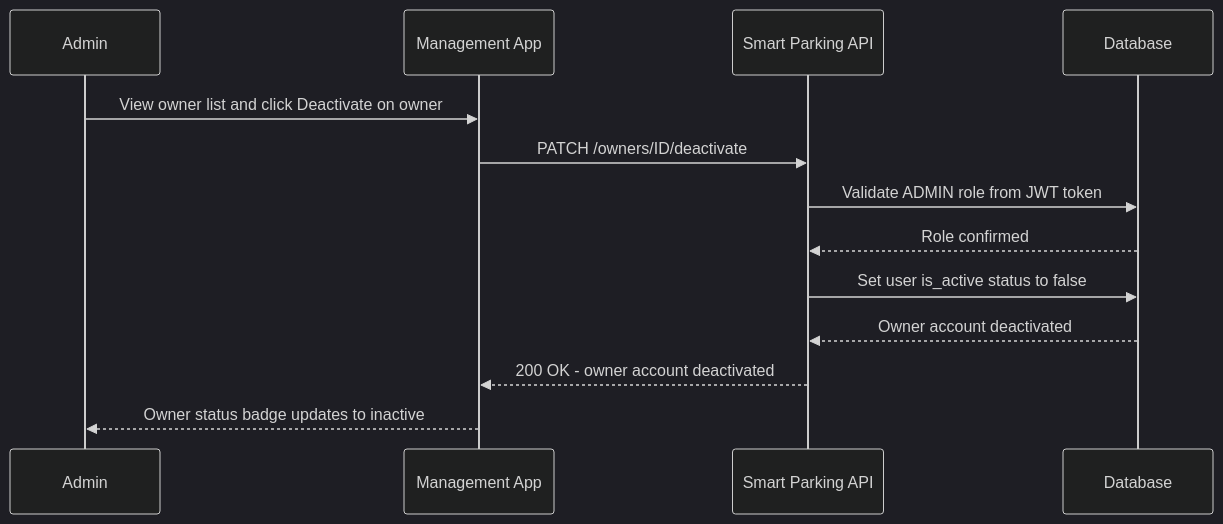
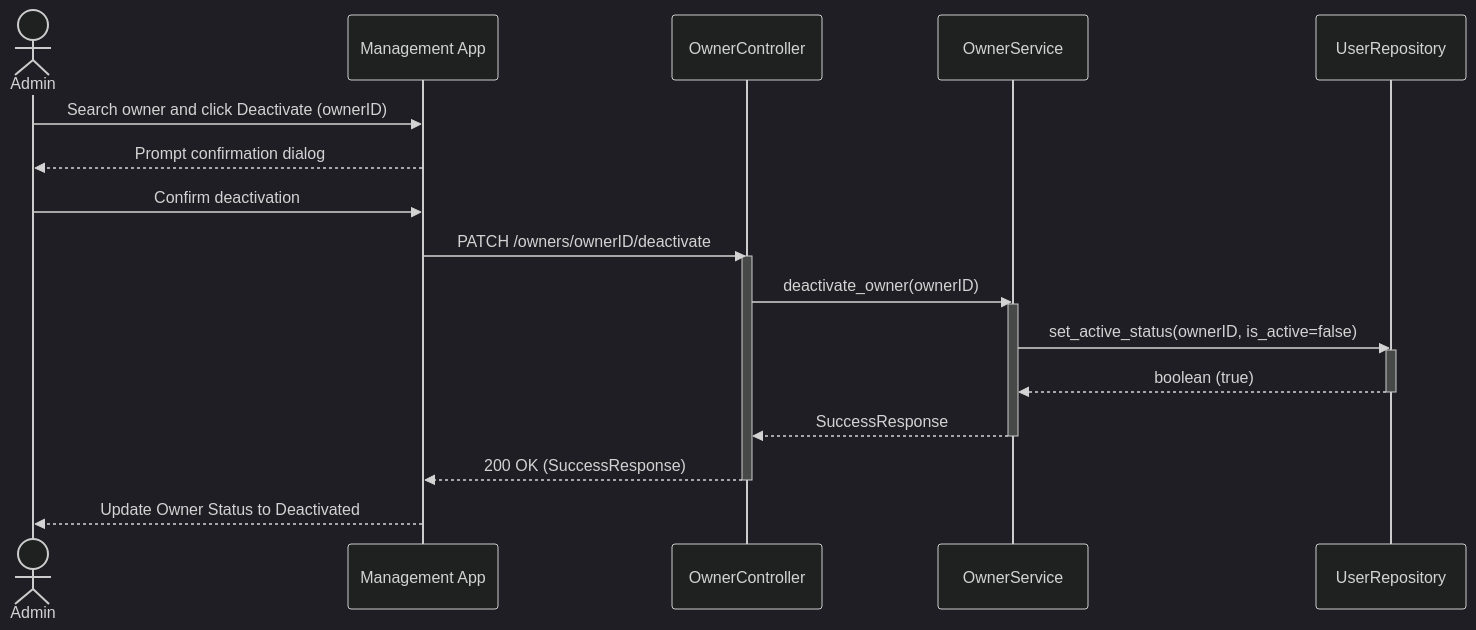
One commit to kxunsithu/smart-parking-lot-system changed the ninth of 16 diagrams in docs/Smart_Parking_Lot_System_Documentation.md. Above: the diagram before and after it, drawn with Mermaid (dark theme). The commit also changed other lines of this file and 1 other file, not shown here.

````diff
--- a/docs/Smart_Parking_Lot_System_Documentation.md
+++ b/docs/Smart_Parking_Lot_System_Documentation.md
@@ -899,16 +1027,25 @@
 ```mermaid
 sequenceDiagram
-    participant Admin
-    participant App as Management App
-    participant API as Smart Parking API
-    participant DB as Database
+    actor Admin
+    participant UI as Management App
+    participant API as OwnerController
+    participant Service as OwnerService
+    participant DB as UserRepository
 
-    Admin->>App: View owner list and click Deactivate on owner
-    App->>API: PATCH /owners/ID/deactivate
-    API->>DB: Validate ADMIN role from JWT token
-    DB-->>API: Role confirmed
-    API->>DB: Set user is_active status to false
-    DB-->>API: Owner account deactivated
-    API-->>App: 200 OK - owner account deactivated
-    App-->>Admin: Owner status badge updates to inactive
+    Admin->>UI: Search owner and click Deactivate (ownerID)
+    UI-->>Admin: Prompt confirmation dialog
+    Admin->>UI: Confirm deactivation
+    UI->>API: PATCH /owners/ownerID/deactivate
+    activate API
+    API->>Service: deactivate_owner(ownerID)
+    activate Service
+    Service->>DB: set_active_status(ownerID, is_active=false)
+    activate DB
+    DB-->>Service: boolean (true)
+    deactivate DB
+    Service-->>API: SuccessResponse
+    deactivate Service
+    API-->>UI: 200 OK (SuccessResponse)
+    deactivate API
+    UI-->>Admin: Update Owner Status to Deactivated
 ```
````
